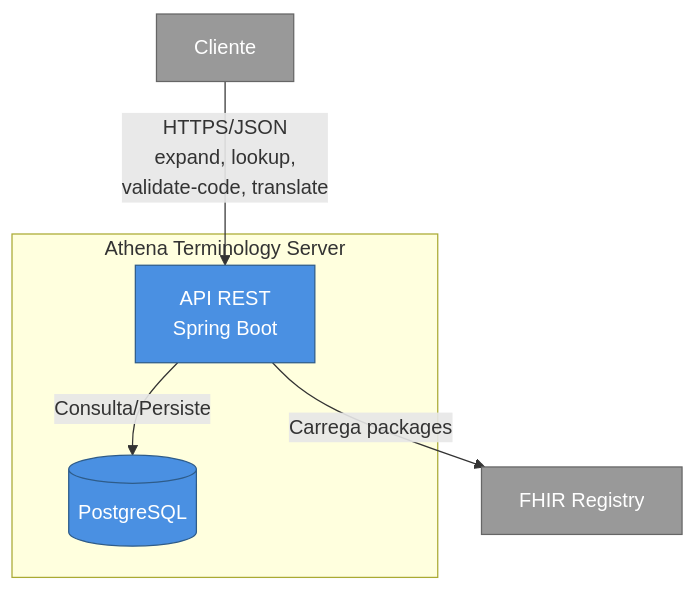
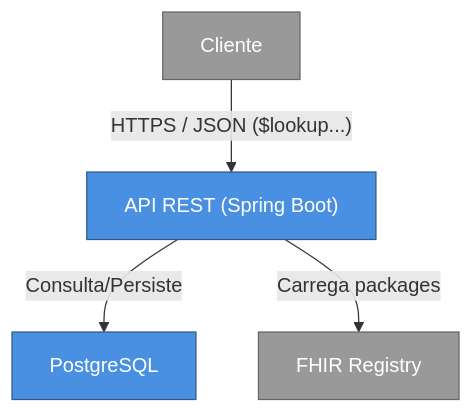
The second of 2 diagrams in docs/proposta.md (ti-sesgo/athena), drawn with Mermaid before and after one commit.

Commit message:
ajuste diagrama, compatibilidade mermaid com versão do Gitlab

````diff
--- a/docs/proposta.md
+++ b/docs/proposta.md
@@ -21,19 +21,16 @@
 ```mermaid
 graph TB
-    Cliente[Cliente]
-    Registry[FHIR Registry]
+    Cliente["Cliente"];
+    Registry["FHIR Registry"];
+    API["API REST (Spring Boot)"];
+    DB["PostgreSQL"];
     
-    subgraph Athena[Athena Terminology Server]
-        API[API REST<br/>Spring Boot]
-        DB[(PostgreSQL)]
-        API -->|Consulta/Persiste| DB
-    end
-    
-    Cliente -->|HTTPS/JSON<br/>expand, lookup,<br/>validate-code, translate| API
-    API -->|Carrega packages| Registry
+    API -->|"Consulta/Persiste"| DB;
+    Cliente -->|"HTTPS / JSON ($lookup...)"| API;
+    API -->|"Carrega packages"| Registry;
         
     style Cliente fill:#999,stroke:#666,color:#fff
     style API fill:#4A90E2,stroke:#2E5C8A,color:#fff
     style DB fill:#4A90E2,stroke:#2E5C8A,color:#fff
     style Registry fill:#999,stroke:#666,color:#fff
 ```
````
